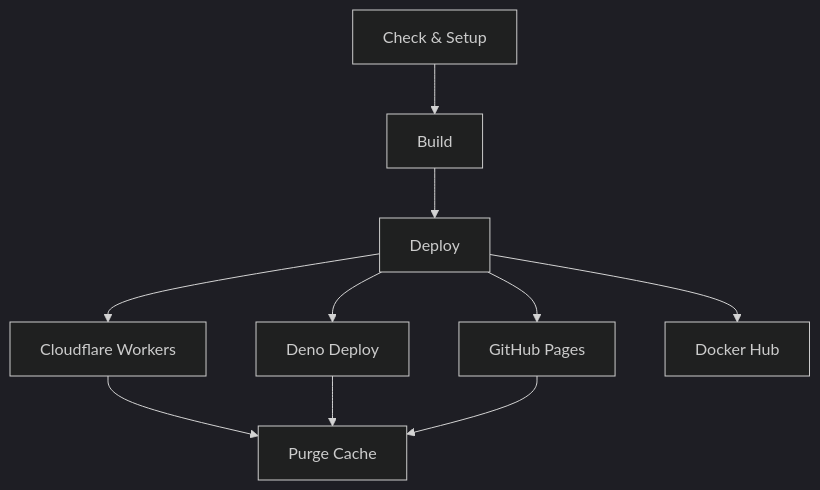
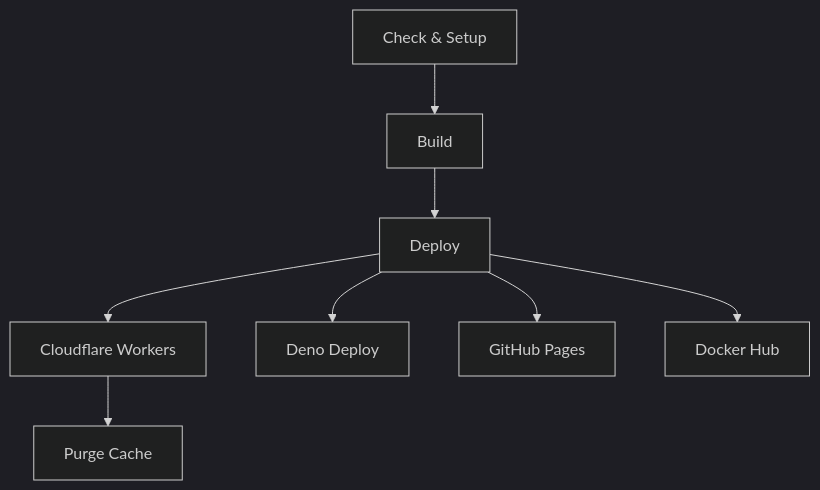
Before and after one commit to erfianugrah/revista-3: the diagram in .github/CICD.md, drawn with Mermaid (dark theme). The commit also changed other lines of this file and 5 other files, not shown here.

````diff
--- a/.github/CICD.md
+++ b/.github/CICD.md
@@ -15,12 +15,10 @@
 ```mermaid
 graph TD
     A["Check & Setup"] --> B["Build"]
     B --> D["Deploy"]
     D --> E1["Cloudflare Workers"]
     D --> E2["Deno Deploy"]
     D --> E3["GitHub Pages"]
     D --> E4["Docker Hub"]
     E1 --> F["Purge Cache"]
-    E2 --> F
-    E3 --> F
 ```
````
